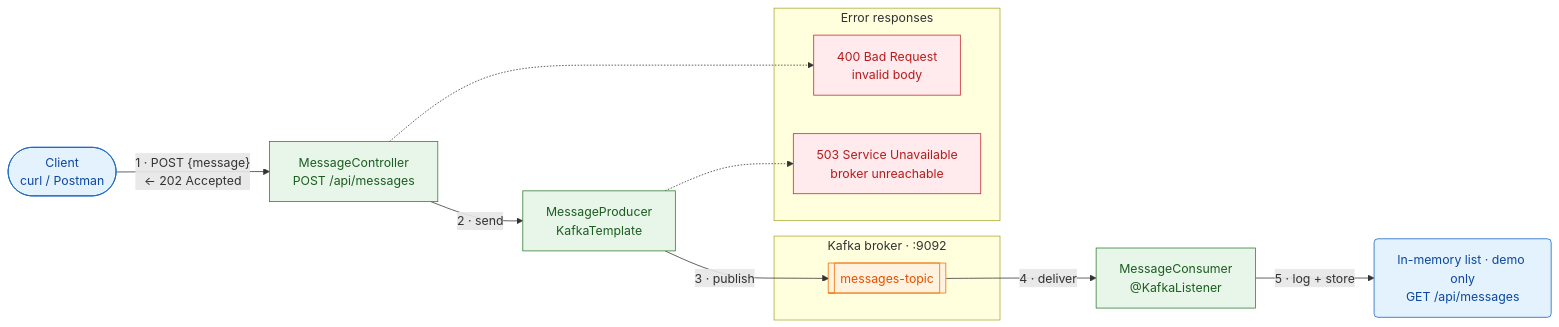
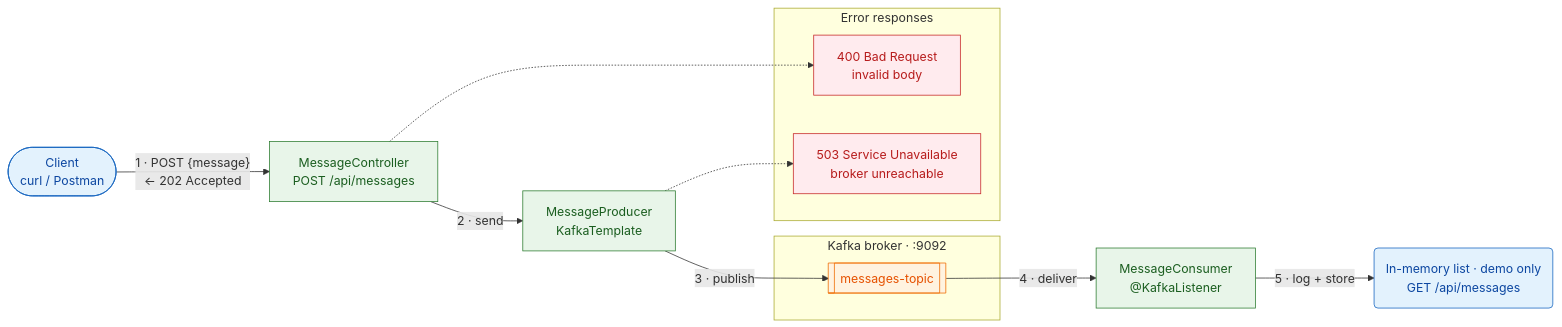
Before and after one commit to joaoalbertorsc/challenge-kafka: the diagram in README.md, drawn with Mermaid. The commit also changed 1 other file, not shown here.

Commit message:
Widen Mermaid label wrapping so GitHub keeps node text on one line

````diff
--- a/README.md
+++ b/README.md
@@ -7,40 +7,42 @@
 ```mermaid
 ---
 config:
   layout: dagre
+  flowchart:
+    wrappingWidth: 400
 ---
 flowchart LR
     client(["Client<br/>curl / Postman"])
     controller["MessageController<br/>POST /api/messages"]
     producer["MessageProducer<br/>KafkaTemplate"]
     consumer["MessageConsumer<br/>@KafkaListener"]
     store("In-memory list · demo only<br/>GET /api/messages")
 
     subgraph kafka["Kafka broker · :9092"]
         topic[["messages-topic"]]
     end
 
     client -->|"1 · POST {message}<br/>← 202 Accepted"| controller
     controller -->|"2 · send"| producer
     producer -->|"3 · publish"| topic
     topic -->|"4 · deliver"| consumer
     consumer -->|"5 · log + store"| store
 
     subgraph errors["Error responses"]
         bad["400 Bad Request<br/>invalid body"]
         unavailable["503 Service Unavailable<br/>broker unreachable"]
     end
 
     controller -.-> bad
     producer -.-> unavailable
 
     classDef clientStyle fill:#e3f2fd,stroke:#1565c0,color:#0d47a1
     classDef appStyle fill:#e8f5e9,stroke:#2e7d32,color:#1b5e20
     classDef kafkaStyle fill:#fff3e0,stroke:#ef6c00,color:#e65100
     classDef errorStyle fill:#ffebee,stroke:#c62828,color:#b71c1c
 
     class client,store clientStyle
     class controller,producer,consumer appStyle
     class topic kafkaStyle
     class bad,unavailable errorStyle
 ```
````
